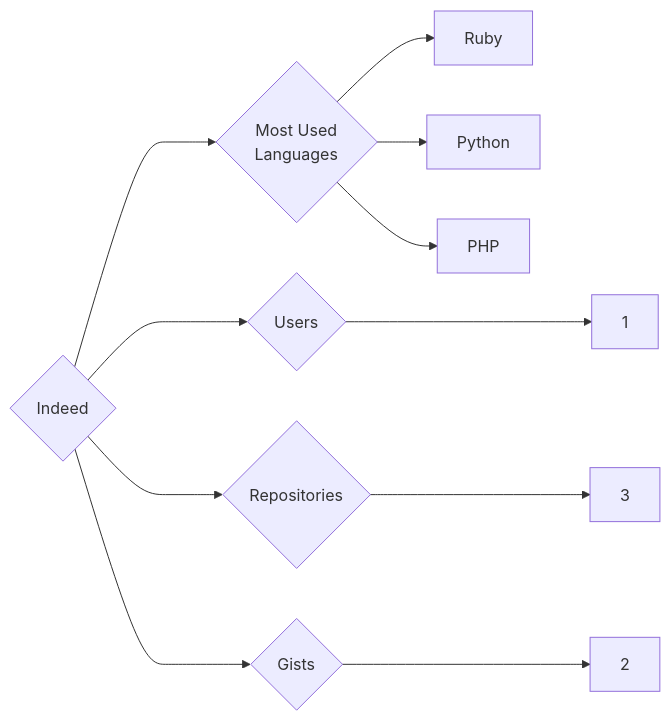
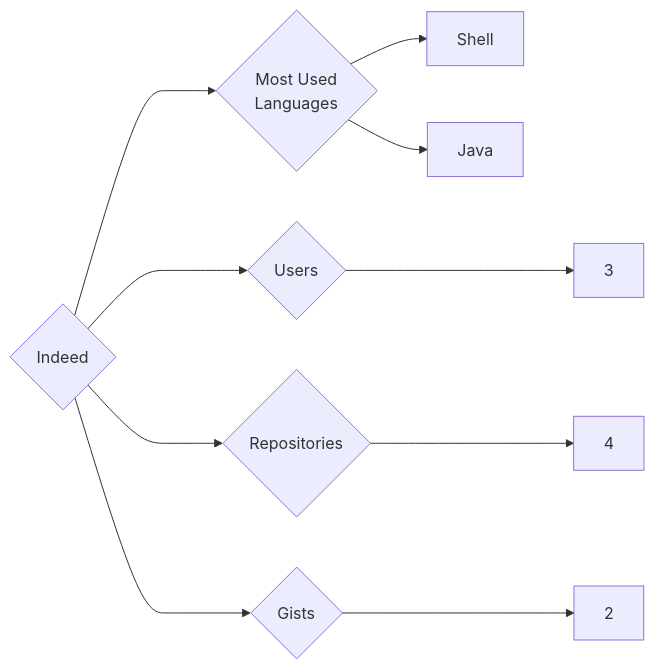
Before and after one commit to trickest/insiders: the diagram in targets/Indeed/README.md, drawn with Mermaid. The commit also changed 912 other files, not shown here.

````diff
--- a/targets/Indeed/README.md
+++ b/targets/Indeed/README.md
@@ -3,11 +3,10 @@
 ```mermaid
 graph LR
 COMPANY_NAME{Indeed}
-COMPANY_NAME ---> U{Users} ---> UN[1]
-COMPANY_NAME ---> R{Repositories} ---> RN[3]
+COMPANY_NAME ---> U{Users} ---> UN[3]
+COMPANY_NAME ---> R{Repositories} ---> RN[4]
 COMPANY_NAME ---> G{Gists} ---> GN[2]
 COMPANY_NAME ---> ML{Most Used<br>Languages}
-ML --> Ruby[Ruby]
-ML --> Python[Python]
-ML --> PHP[PHP]
+ML --> Shell[Shell]
+ML --> Java[Java]
 ```
````
